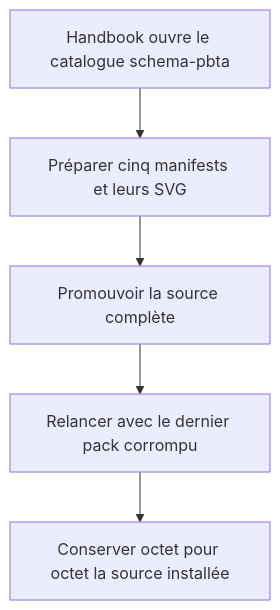
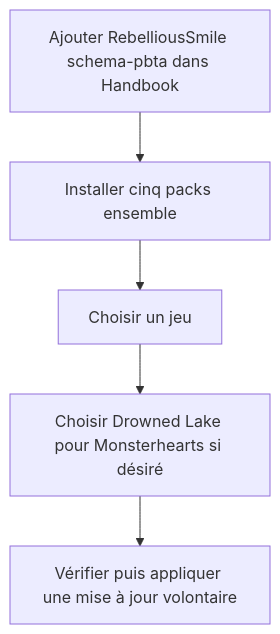
The first of 2 diagrams in aidd_docs/tasks/2026_09/2026_09_10_handbook-catalog/phase-3.md (RebelliousSmile/schema-pbta), drawn with Mermaid before and after one commit. The commit also changed other lines of this file and 6 other files, not shown here.

Commit message:
test: validate Handbook pack catalogue (#2)

````diff
--- a/aidd_docs/tasks/2026_09/2026_09_10_handbook-catalog/phase-3.md
+++ b/aidd_docs/tasks/2026_09/2026_09_10_handbook-catalog/phase-3.md
@@ -21,7 +22,7 @@
 ```mermaid
 flowchart TD
-  A[Handbook ouvre le catalogue schema-pbta] --> B[Préparer cinq manifests et leurs SVG]
-  B --> C[Promouvoir la source complète]
-  C --> D[Relancer avec le dernier pack corrompu]
-  D --> E[Conserver octet pour octet la source installée]
+  A[Ajouter RebelliousSmile schema-pbta dans Handbook] --> B[Installer cinq packs ensemble]
+  B --> C[Choisir un jeu]
+  C --> D[Choisir Drowned Lake pour Monsterhearts si désiré]
+  D --> E[Vérifier puis appliquer une mise à jour volontaire]
 ```
````
